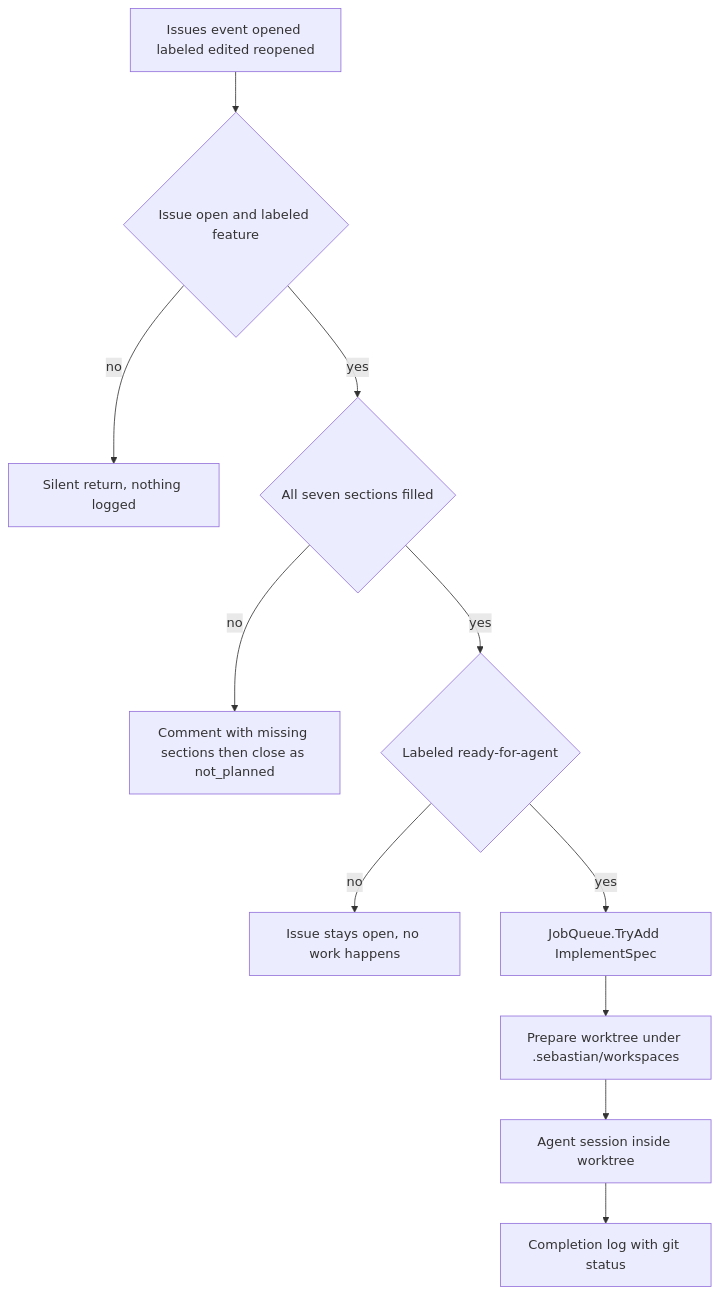
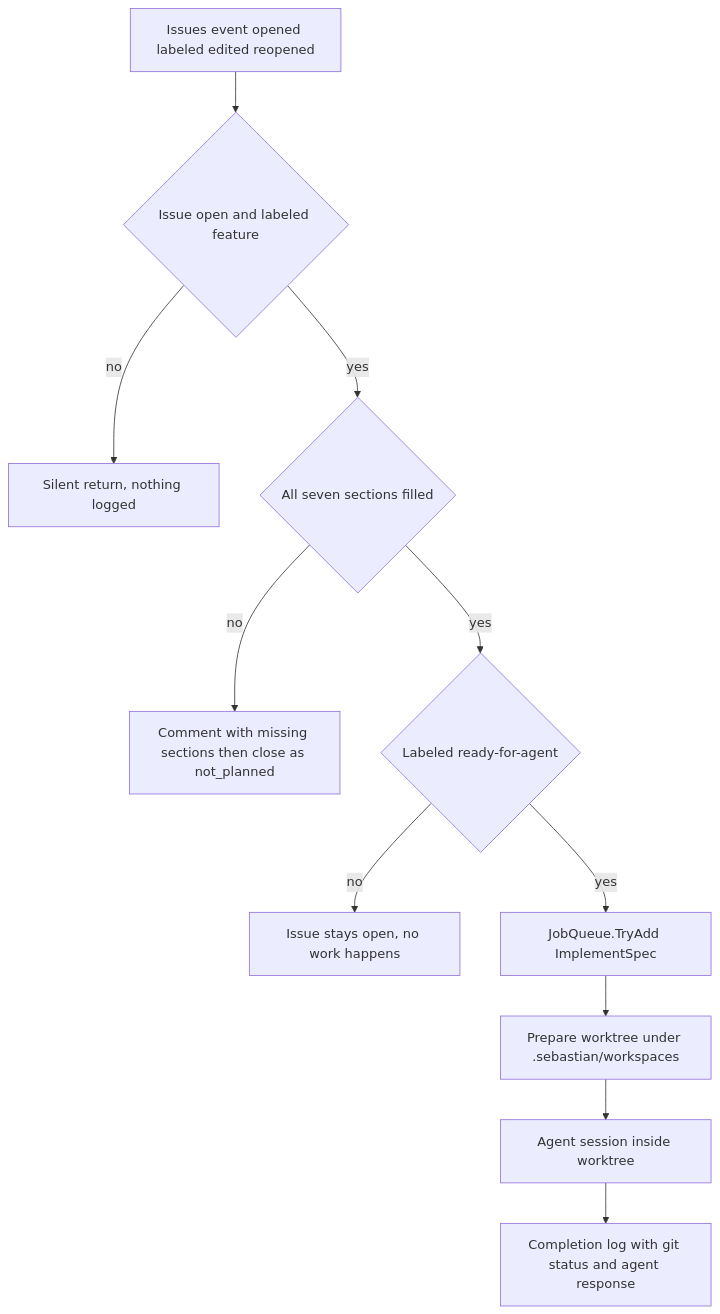
Before and after one commit to ToufiqSenpai/sebastian: the diagram in openwiki/concepts/product-intent-and-gaps.md, drawn with Mermaid. The commit also changed other lines of this file and 39 other files, not shown here.

````diff
--- a/openwiki/concepts/product-intent-and-gaps.md
+++ b/openwiki/concepts/product-intent-and-gaps.md
@@ -55,13 +57,13 @@
 ```mermaid
 flowchart TD
     EV["Issues event opened labeled edited reopened"] --> OPEN{"Issue open and labeled feature"}
     OPEN -- "no" --> IGN["Silent return, nothing logged"]
     OPEN -- "yes" --> SPEC{"All seven sections filled"}
     SPEC -- "no" --> CLOSE["Comment with missing sections then close as not_planned"]
     SPEC -- "yes" --> GATE{"Labeled ready-for-agent"}
     GATE -- "no" --> HOLD["Issue stays open, no work happens"]
     GATE -- "yes" --> ENQ["JobQueue.TryAdd ImplementSpec"]
     ENQ --> WT["Prepare worktree under .sebastian/workspaces"]
     WT --> RUN["Agent session inside worktree"]
-    RUN --> LOG["Completion log with git status"]
+    RUN --> LOG["Completion log with git status and agent response"]
 ```
````
